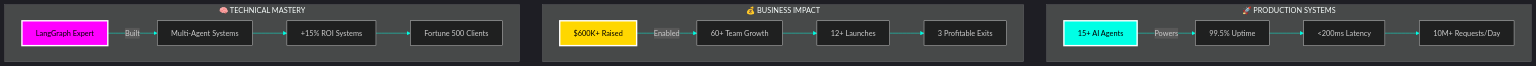
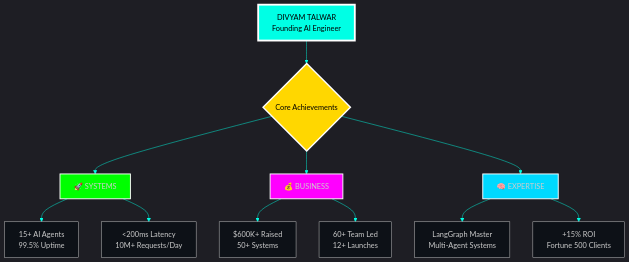
Before and after one commit to DivyamTalwar/DivyamTalwar: the diagram in README.md, drawn with Mermaid. The commit also changed other lines of this file, not shown here.

````diff
--- a/README.md
+++ b/README.md
@@ -80,25 +80,23 @@
 ```mermaid
-%%{init: {'theme':'dark', 'themeVariables': { 'primaryColor': '#00FFE5', 'primaryTextColor': '#fff', 'primaryBorderColor': '#FFD700', 'lineColor': '#00FFE5', 'secondaryColor': '#FF00FF', 'tertiaryColor': '#00D9FF'}}}%%
-graph TB
-    subgraph "🚀 PRODUCTION SYSTEMS"
-        A[15+ AI Agents] -->|Powers| B[99.5% Uptime]
-        B --> C[<200ms Latency]
-        C --> D[10M+ Requests/Day]
-    end
+%%{init: {'theme':'dark', 'themeVariables': { 'primaryColor': '#00FFE5', 'primaryTextColor': '#fff', 'primaryBorderColor': '#FFD700', 'lineColor': '#00FFE5', 'secondaryColor': '#FF00FF', 'tertiaryColor': '#00D9FF', 'mainBkg': '#0D1117', 'nodeBkg': '#1a1a1a'}}}%%
+flowchart TD
+    A[DIVYAM TALWAR<br/>Founding AI Engineer] --> B{Core Achievements}
     
-    subgraph "💰 BUSINESS IMPACT"
-        E[$600K+ Raised] -->|Enabled| F[60+ Team Growth]
-        F --> G[12+ Launches]
-        G --> H[3 Profitable Exits]
-    end
+    B --> C[🚀 SYSTEMS]
+    C --> C1[15+ AI Agents<br/>99.5% Uptime]
+    C --> C2[<200ms Latency<br/>10M+ Requests/Day]
     
-    subgraph "🧠 TECHNICAL MASTERY"
-        I[LangGraph Expert] -->|Built| J[Multi-Agent Systems]
-        J --> K[+15% ROI Systems]
-        K --> L[Fortune 500 Clients]
-    end
+    B --> D[💰 BUSINESS]
+    D --> D1[$600K+ Raised<br/>50+ Systems]
+    D --> D2[60+ Team Led<br/>12+ Launches]
     
-    style A fill:#00FFE5,stroke:#fff,stroke-width:3px,color:#000
-    style E fill:#FFD700,stroke:#fff,stroke-width:3px,color:#000
-    style I fill:#FF00FF,stroke:#fff,stroke-width:3px,color:#000
+    B --> E[🧠 EXPERTISE]
+    E --> E1[LangGraph Master<br/>Multi-Agent Systems]
+    E --> E2[+15% ROI<br/>Fortune 500 Clients]
+    
+    style A fill:#00FFE5,stroke:#fff,stroke-width:4px,color:#000
+    style B fill:#FFD700,stroke:#fff,stroke-width:3px,color:#000
+    style C fill:#00FF00,stroke:#fff,stroke-width:2px
+    style D fill:#FF00FF,stroke:#fff,stroke-width:2px
+    style E fill:#00D9FF,stroke:#fff,stroke-width:2px
 ```
````
